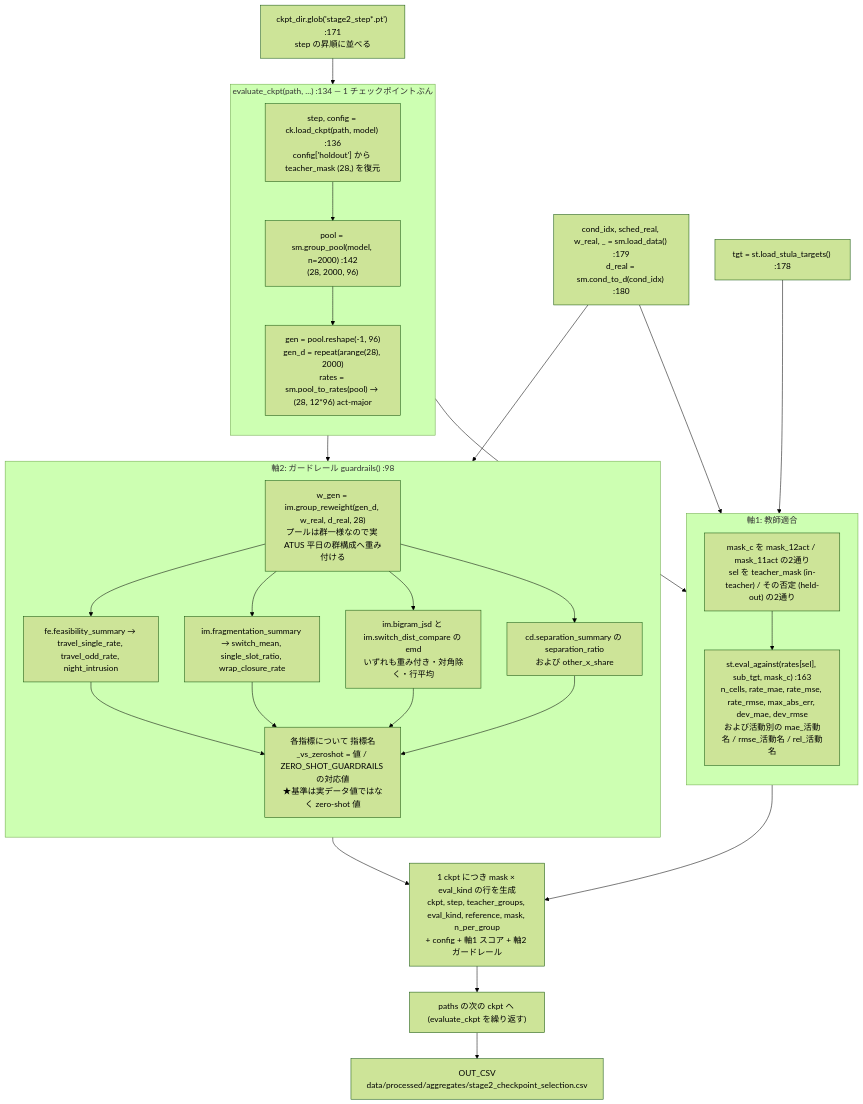
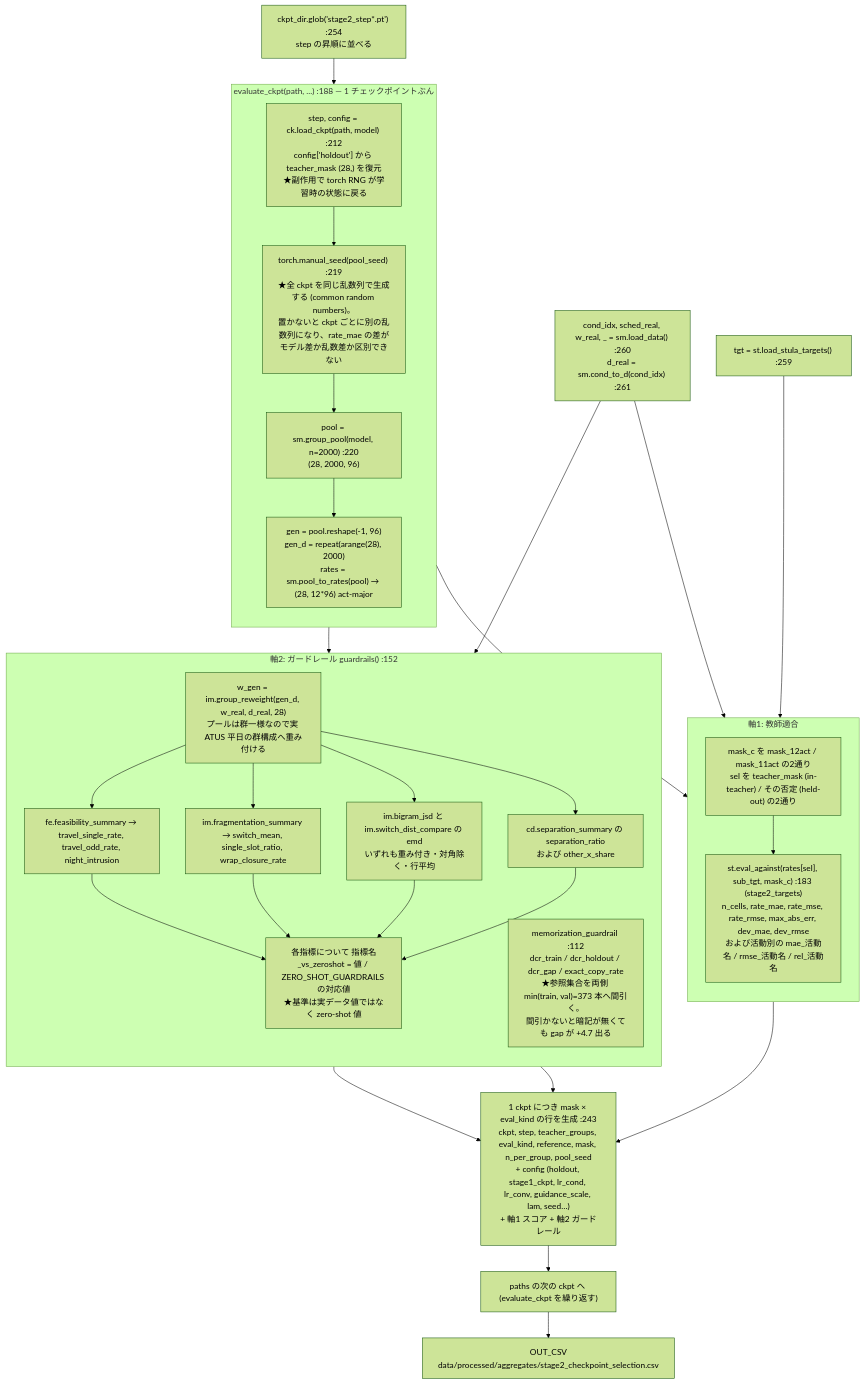
The second of 2 diagrams in src/models/DDPM_Aggregate_Simple/docs/pipeline/Stage2.md (BalaneML/ActSyn), drawn with Mermaid (forest theme) before and after one commit. The commit also changed other lines of this file and 6 other files, not shown here.

````diff
--- a/src/models/DDPM_Aggregate_Simple/docs/pipeline/Stage2.md
+++ b/src/models/DDPM_Aggregate_Simple/docs/pipeline/Stage2.md
@@ -115,49 +141,52 @@
 ```mermaid
 flowchart TB
-    START["ckpt_dir.glob('stage2_step*.pt') :171<br/>step の昇順に並べる"]
-    REAL["cond_idx, sched_real, w_real, _ = sm.load_data() :179<br/>d_real = sm.cond_to_d(cond_idx) :180"]
-    TGT["tgt = st.load_stula_targets() :178"]
+    START["ckpt_dir.glob('stage2_step*.pt') :254<br/>step の昇順に並べる"]
+    REAL["cond_idx, sched_real, w_real, _ = sm.load_data() :260<br/>d_real = sm.cond_to_d(cond_idx) :261"]
+    TGT["tgt = st.load_stula_targets() :259"]
 
-    subgraph EV["evaluate_ckpt(path, ...) :134 — 1 チェックポイントぶん"]
+    subgraph EV["evaluate_ckpt(path, ...) :188 — 1 チェックポイントぶん"]
         direction TB
-        C1["step, config = ck.load_ckpt(path, model) :136<br/>config['holdout'] から teacher_mask (28,) を復元"]
-        C2["pool = sm.group_pool(model, n=2000) :142<br/>(28, 2000, 96)"]
-        C3["gen = pool.reshape(-1, 96)<br/>gen_d = repeat(arange(28), 2000)<br/>rates = sm.pool_to_rates(pool) → (28, 12*96) act-major"]
-        C1 --> C2 --> C3
+        C1["step, config = ck.load_ckpt(path, model) :212<br/>config['holdout'] から teacher_mask (28,) を復元<br/>★副作用で torch RNG が学習時の状態に戻る"]
+        C2["torch.manual_seed(pool_seed) :219<br/>★全 ckpt を同じ乱数列で生成する (common random numbers)。<br/>置かないと ckpt ごとに別の乱数列になり、rate_mae の差が<br/>モデル差か乱数差か区別できない"]
+        C3["pool = sm.group_pool(model, n=2000) :220<br/>(28, 2000, 96)"]
+        C4["gen = pool.reshape(-1, 96)<br/>gen_d = repeat(arange(28), 2000)<br/>rates = sm.pool_to_rates(pool) → (28, 12*96) act-major"]
+        C1 --> C2 --> C3 --> C4
     end
 
     subgraph AX1["軸1: 教師適合"]
         direction TB
         X1["mask_c を mask_12act / mask_11act の2通り<br/>sel を teacher_mask (in-teacher) / その否定 (held-out) の2通り"]
-        X2["st.eval_against(rates[sel], sub_tgt, mask_c) :163<br/>n_cells, rate_mae, rate_mse, rate_rmse, max_abs_err, dev_mae, dev_rmse<br/>および活動別の mae_活動名 / rmse_活動名 / rel_活動名"]
+        X2["st.eval_against(rates[sel], sub_tgt, mask_c) :183 (stage2_targets)<br/>n_cells, rate_mae, rate_mse, rate_rmse, max_abs_err, dev_mae, dev_rmse<br/>および活動別の mae_活動名 / rmse_活動名 / rel_活動名"]
         X1 --> X2
     end
 
-    subgraph AX2["軸2: ガードレール guardrails() :98"]
+    subgraph AX2["軸2: ガードレール guardrails() :152"]
         direction TB
         Y0["w_gen = im.group_reweight(gen_d, w_real, d_real, 28)<br/>プールは群一様なので実 ATUS 平日の群構成へ重み付ける"]
         Y1["fe.feasibility_summary → travel_single_rate, travel_odd_rate, night_intrusion"]
         Y2["im.fragmentation_summary → switch_mean, single_slot_ratio, wrap_closure_rate"]
         Y3["im.bigram_jsd と im.switch_dist_compare の emd<br/>いずれも重み付き・対角除く・行平均"]
         Y4["cd.separation_summary の separation_ratio<br/>および other_x_share"]
+        Y6["memorization_guardrail :112<br/>dcr_train / dcr_holdout / dcr_gap / exact_copy_rate<br/>★参照集合を両側 min(train, val)=373 本へ間引く。<br/>間引かないと暗記が無くても gap が +4.7 出る"]
         Y5["各指標について 指標名_vs_zeroshot = 値 / ZERO_SHOT_GUARDRAILS の対応値<br/>★基準は実データ値ではなく zero-shot 値"]
         Y0 --> Y1 --> Y5
         Y0 --> Y2 --> Y5
         Y0 --> Y3 --> Y5
         Y0 --> Y4 --> Y5
     end
 
-    ROWS["1 ckpt につき mask × eval_kind の行を生成<br/>ckpt, step, teacher_groups, eval_kind, reference, mask, n_per_group<br/>+ config + 軸1 スコア + 軸2 ガードレール"]
+    ROWS["1 ckpt につき mask × eval_kind の行を生成 :243<br/>ckpt, step, teacher_groups, eval_kind, reference, mask, n_per_group, pool_seed<br/>+ config (holdout, stage1_ckpt, lr_cond, lr_conv, guidance_scale, lam, seed…)<br/>+ 軸1 スコア + 軸2 ガードレール"]
     OUT["OUT_CSV<br/>data/processed/aggregates/stage2_checkpoint_selection.csv"]
 
     START --> C1
     TGT --> X1
     REAL --> X1
     REAL --> Y0
-    C3 --> X1
-    C3 --> Y0
+    C4 --> X1
+    C4 --> Y0
     X2 --> ROWS
     Y5 --> ROWS
+    Y6 --> ROWS
     ROWS --> LOOP["paths の次の ckpt へ (evaluate_ckpt を繰り返す)"]
     LOOP --> OUT
 ```
````
